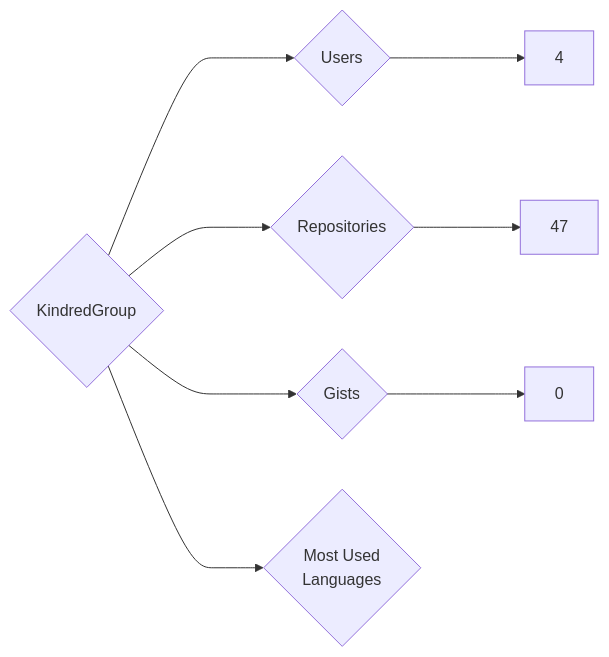
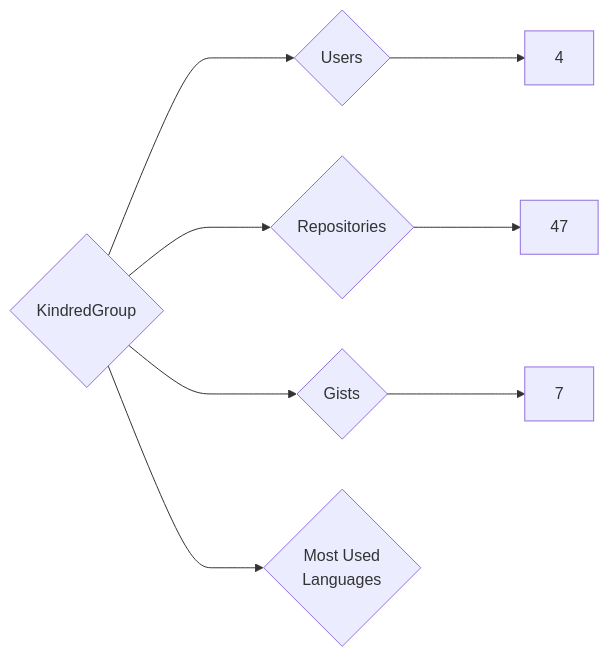
Before and after one commit to nenadzaric/insiders: the diagram in targets/KindredGroup/README.md, drawn with Mermaid. The commit also changed 1342 other files, not shown here.

````diff
--- a/targets/KindredGroup/README.md
+++ b/targets/KindredGroup/README.md
@@ -3,8 +3,8 @@
 ```mermaid
 graph LR
 COMPANY_NAME{KindredGroup}
 COMPANY_NAME ---> U{Users} ---> UN[4]
 COMPANY_NAME ---> R{Repositories} ---> RN[47]
-COMPANY_NAME ---> G{Gists} ---> GN[0]
+COMPANY_NAME ---> G{Gists} ---> GN[7]
 COMPANY_NAME ---> ML{Most Used<br>Languages}
 ```
````
